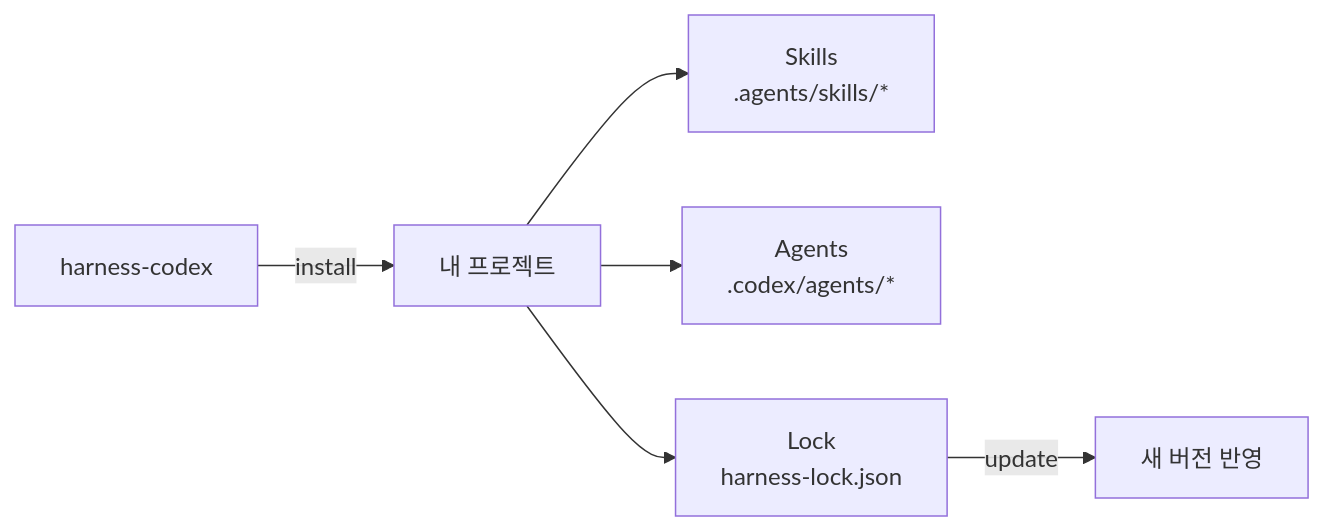
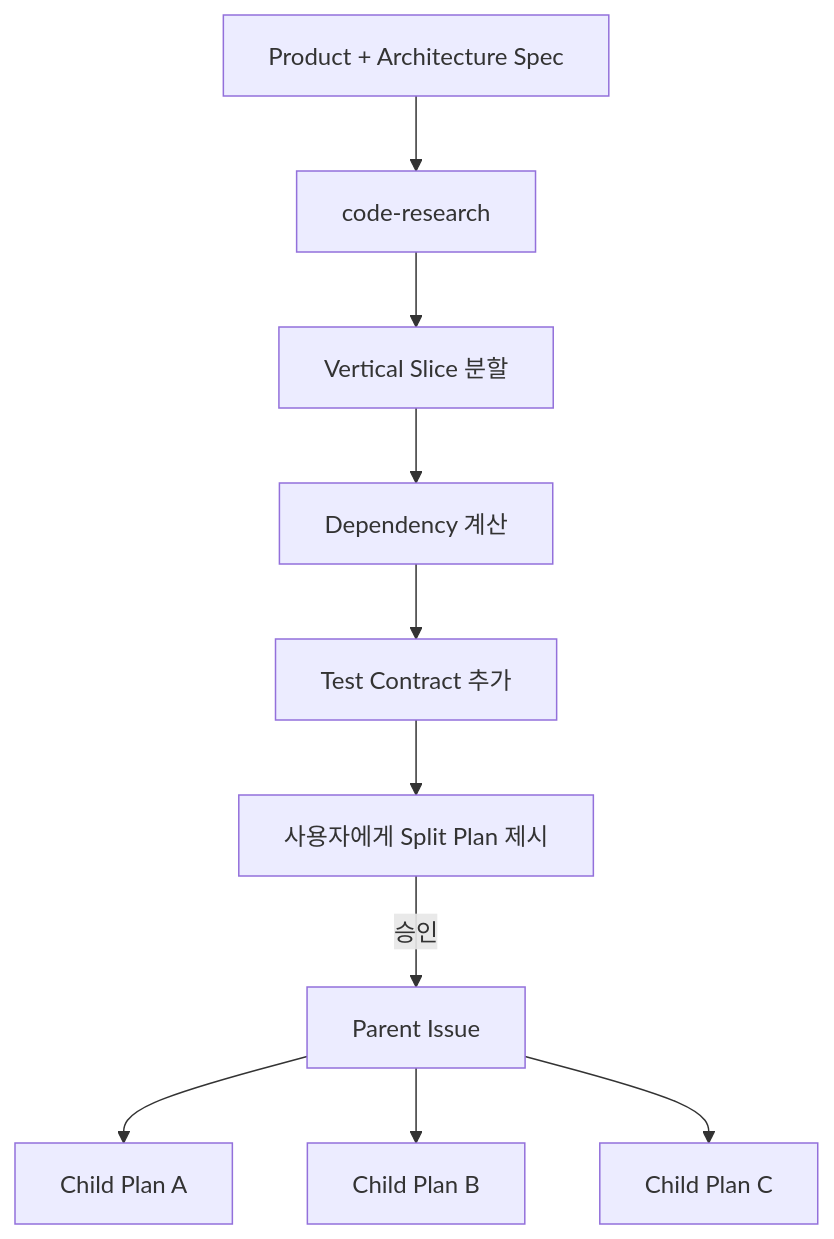
One commit to omegafrog/harness-codex changed the second of 3 diagrams in README.md. Above: the diagram before and after it, drawn with Mermaid. The commit also changed other lines of this file, not shown here.

Commit message:
docs: explain harness workflow and responsibilities

````diff
--- a/README.md
+++ b/README.md
@@ -5,9 +183,12 @@
 ```mermaid
-flowchart LR
-    A["harness-codex"] -->|install| B["내 프로젝트"]
-    B --> C["Skills\n.agents/skills/*"]
-    B --> D["Agents\n.codex/agents/*"]
-    B --> E["Lock\nharness-lock.json"]
-
-    E -->|update| F["새 버전 반영"]
+flowchart TD
+    A["Product + Architecture Spec"] --> B["code-research"]
+    B --> C["Vertical Slice 분할"]
+    C --> D["Dependency 계산"]
+    D --> E["Test Contract 추가"]
+    E --> F["사용자에게 Split Plan 제시"]
+    F -->|승인| G["Parent Issue"]
+    G --> H["Child Plan A"]
+    G --> I["Child Plan B"]
+    G --> J["Child Plan C"]
 ```
````
